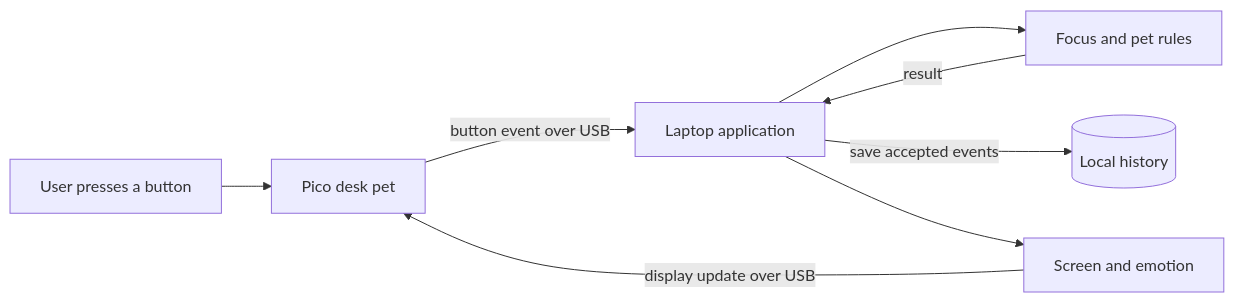
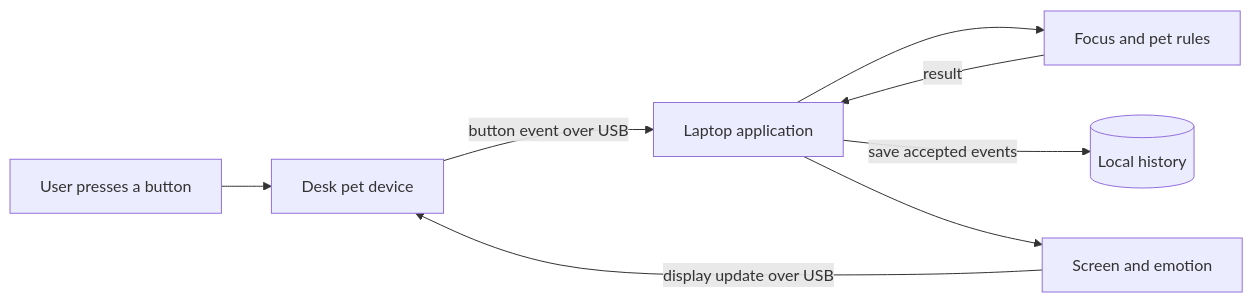
Before and after one commit to Ju5t1nL3/Hus-Kitchen: the first of 2 diagrams in docs/system_design.md, drawn with Mermaid. The commit also changed other lines of this file and 98 other files, not shown here.

````diff
--- a/docs/system_design.md
+++ b/docs/system_design.md
@@ -12,10 +13,10 @@
 ```mermaid
 flowchart LR
-    User[User presses a button] --> Pico[Pico desk pet]
-    Pico -->|button event over USB| Laptop[Laptop application]
+    User[User presses a button] --> Device[Desk pet device]
+    Device -->|button event over USB| Laptop[Laptop application]
     Laptop --> Rules[Focus and pet rules]
     Rules -->|result| Laptop
     Laptop -->|save accepted events| History[(Local history)]
     Laptop --> Screen[Screen and emotion]
-    Screen -->|display update over USB| Pico
+    Screen -->|display update over USB| Device
 ```
````
